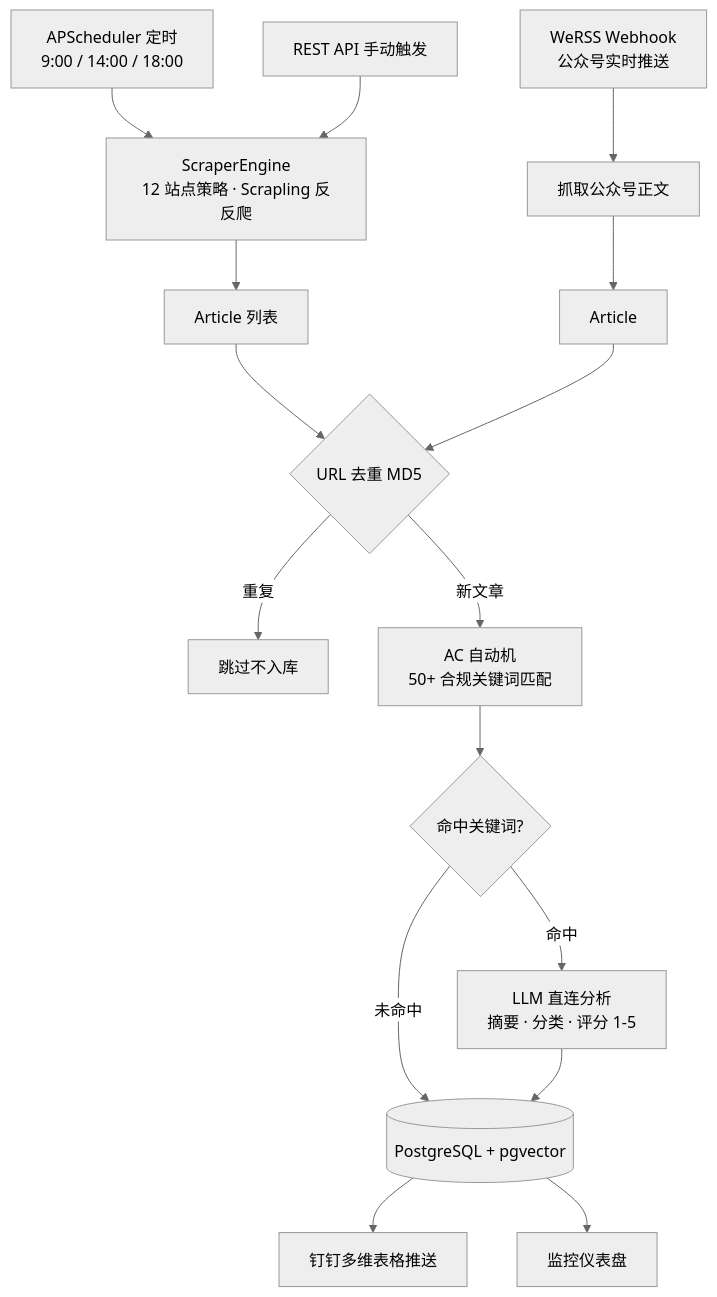
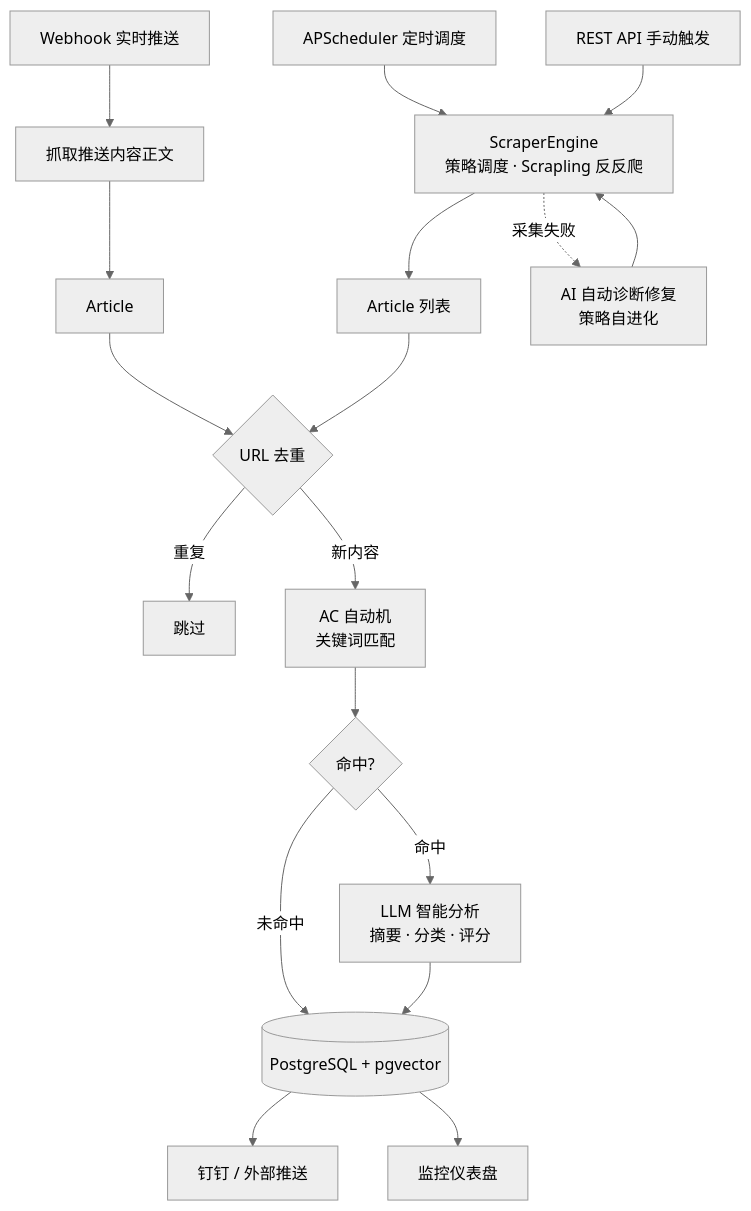
Before and after one commit to dzLin1820372845/purchase-sentinel: the first of 2 diagrams in README.md, drawn with Mermaid (neutral theme). The commit also changed other lines of this file and 17 other files, not shown here.

````diff
--- a/README.md
+++ b/README.md
@@ -11,21 +13,24 @@
 ```mermaid
 flowchart TD
-    T1["APScheduler 定时<br/>9:00 / 14:00 / 18:00"] --> E
+    T1["APScheduler 定时调度"] --> E
     T2["REST API 手动触发"] --> E
-    T3["WeRSS Webhook<br/>公众号实时推送"] --> W
+    T3["Webhook 实时推送"] --> W
 
-    E["ScraperEngine<br/>12 站点策略 · Scrapling 反反爬"] --> A1["Article 列表"]
-    W["抓取公众号正文"] --> A2["Article"]
+    E["ScraperEngine<br/>策略调度 · Scrapling 反反爬"] --> A1["Article 列表"]
+    W["抓取推送内容正文"] --> A2["Article"]
 
-    A1 --> P{"URL 去重 MD5"}
+    A1 --> P{"URL 去重"}
     A2 --> P
-    P -- 重复 --> SKIP["跳过不入库"]
-    P -- 新文章 --> K["AC 自动机<br/>50+ 合规关键词匹配"]
-    K --> KQ{"命中关键词?"}
+    P -- 重复 --> SKIP["跳过"]
+    P -- 新内容 --> K["AC 自动机<br/>关键词匹配"]
+    K --> KQ{"命中?"}
     KQ -- 未命中 --> DB[("PostgreSQL + pgvector")]
-    KQ -- 命中 --> LLM["LLM 直连分析<br/>摘要 · 分类 · 评分 1-5"]
+    KQ -- 命中 --> LLM["LLM 智能分析<br/>摘要 · 分类 · 评分"]
     LLM --> DB
 
-    DB --> D1["钉钉多维表格推送"]
+    DB --> D1["钉钉 / 外部推送"]
     DB --> D2["监控仪表盘"]
+
+    E -. 采集失败 .-> FIX["AI 自动诊断修复<br/>策略自进化"]
+    FIX --> E
 ```
````
